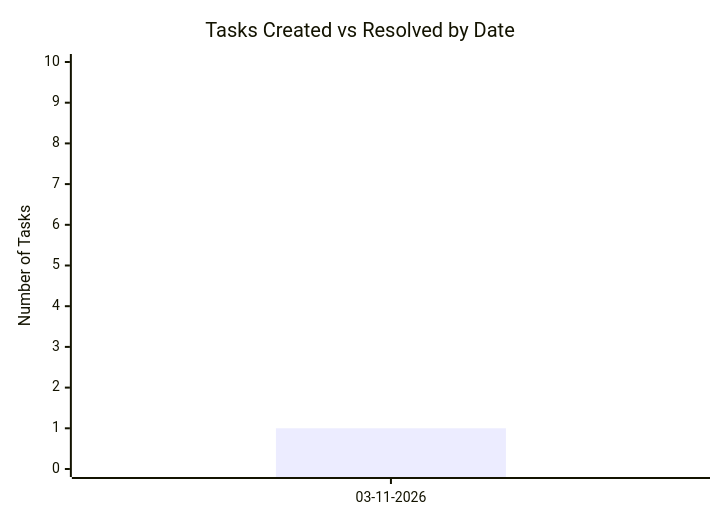
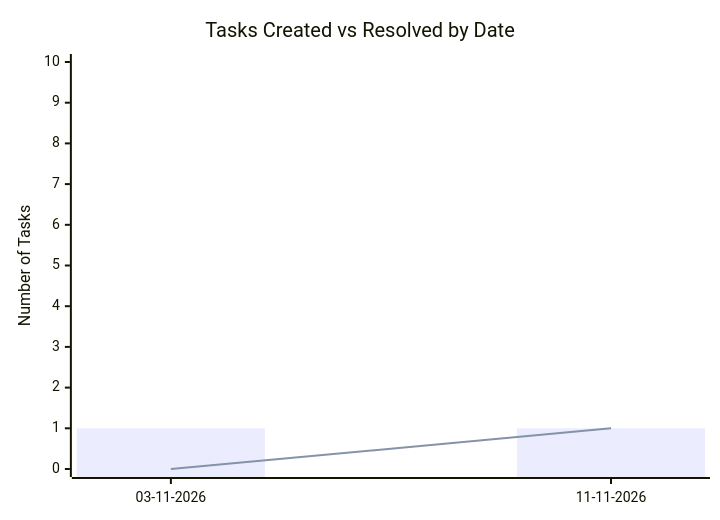
One commit to sagarms97/MyWorkDairy changed the second of 2 diagrams in Koha/Analytics.md. Above: the diagram before and after it, drawn with Mermaid. The commit also changed other lines of this file and 6 other files, not shown here.

````diff
--- a/Koha/Analytics.md
+++ b/Koha/Analytics.md
@@ -24,8 +25,8 @@
 ```mermaid
 xychart-beta
     title "Tasks Created vs Resolved by Date"
-    x-axis ["03-11-2026"]
+    x-axis ["03-11-2026", "11-11-2026"]
     y-axis "Number of Tasks" 0 --> 10
-    bar [1]
-    line [0]
+    bar [1, 1]
+    line [0, 1]
 ```
````
